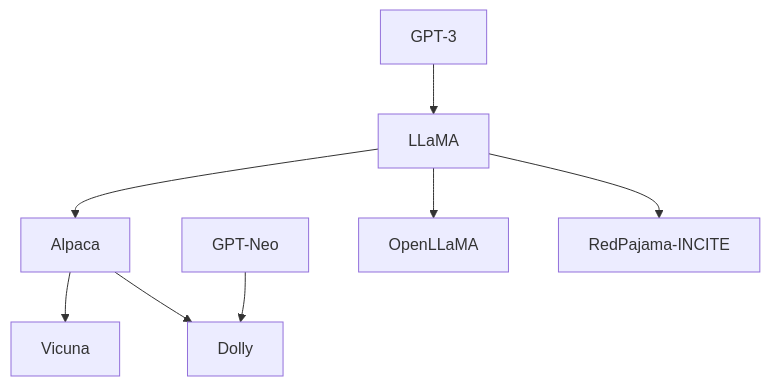
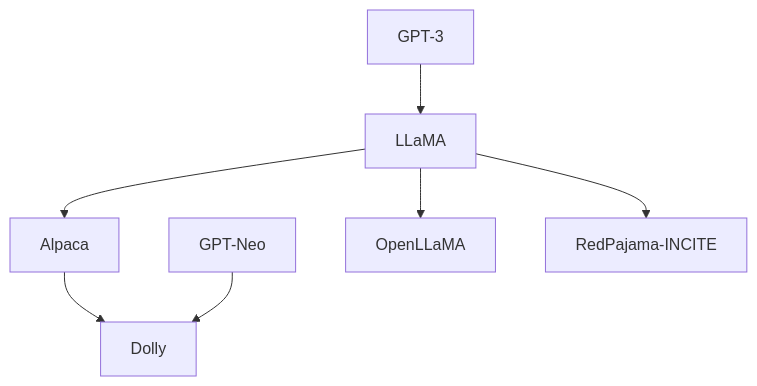
One commit to ted-sharp/chatvox changed diagram 16 of 18 in doc/llm.md. Above: the diagram before and after it, drawn with Mermaid. The commit also changed other lines of this file, not shown here.

````diff
--- a/doc/llm.md
+++ b/doc/llm.md
@@ -638,11 +724,10 @@
 ```mermaid
 flowchart
 
 GPT-3 --> LLaMA --> Alpaca
-Alpaca --> Vicuna
 Alpaca --> Dolly
 GPT-Neo --> Dolly
 LLaMA --> OpenLLaMA
 LLaMA --> RedPajama-INCITE
 
 ```
````
